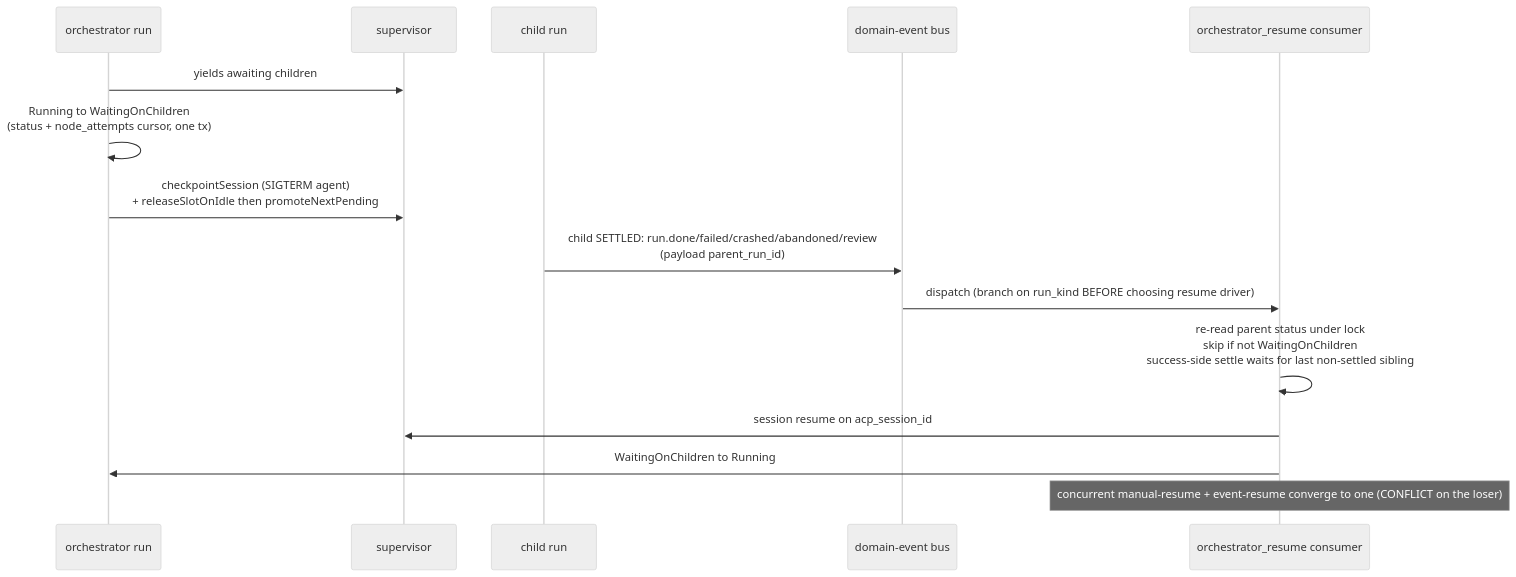
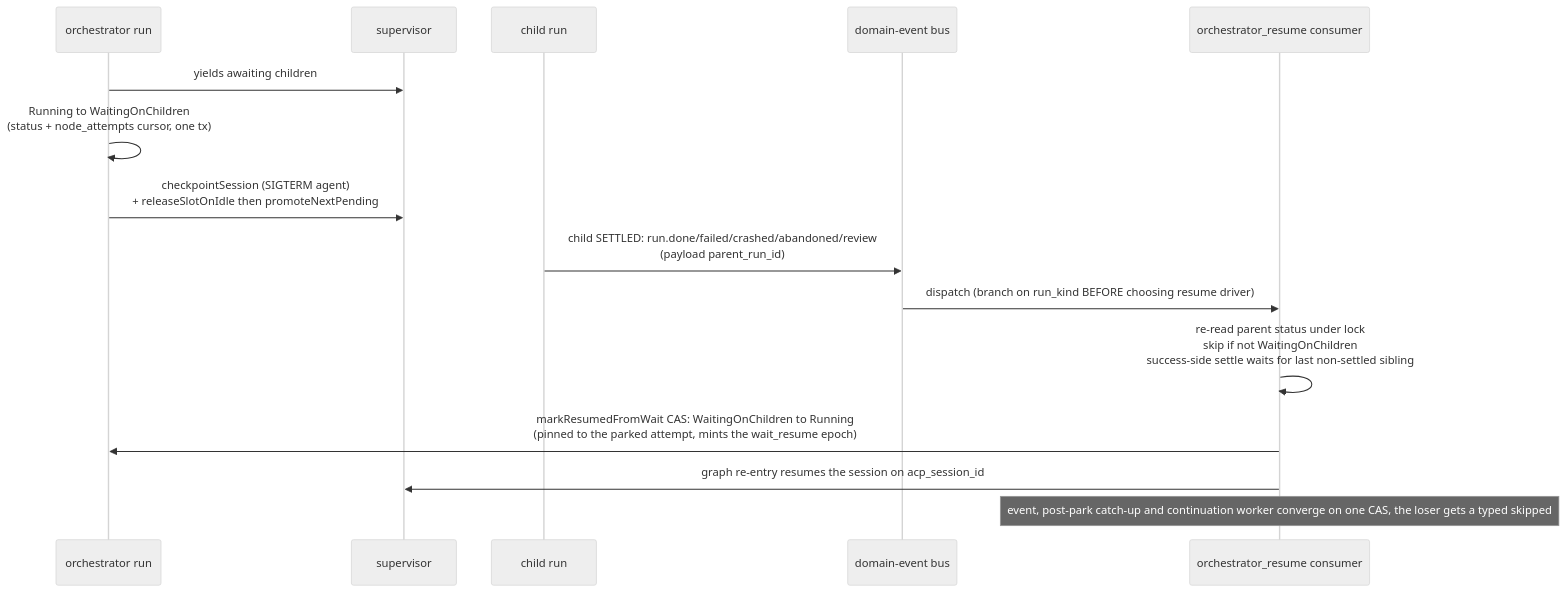
Before and after one commit to maister-dev/maister: the fifth of 9 diagrams in docs/system-analytics/orchestrator.md, drawn with Mermaid (neutral theme). The commit also changed other lines of this file and 88 other files, not shown here.

````diff
--- a/docs/system-analytics/orchestrator.md
+++ b/docs/system-analytics/orchestrator.md
@@ -239,17 +239,17 @@
 ```mermaid
 sequenceDiagram
     participant O as orchestrator run
     participant SUP as supervisor
     participant CH as child run
     participant B as domain-event bus
     participant R as orchestrator_resume consumer
     O->>SUP: yields awaiting children
     O->>O: Running to WaitingOnChildren<br/>(status + node_attempts cursor, one tx)
     O->>SUP: checkpointSession (SIGTERM agent)<br/>+ releaseSlotOnIdle then promoteNextPending
     CH->>B: child SETTLED: run.done/failed/crashed/abandoned/review<br/>(payload parent_run_id)
     B->>R: dispatch (branch on run_kind BEFORE choosing resume driver)
     R->>R: re-read parent status under lock<br/>skip if not WaitingOnChildren<br/>success-side settle waits for last non-settled sibling
-    R->>SUP: session resume on acp_session_id
-    R->>O: WaitingOnChildren to Running
-    Note over R: concurrent manual-resume + event-resume converge to one (CONFLICT on the loser)
+    R->>O: markResumedFromWait CAS: WaitingOnChildren to Running<br/>(pinned to the parked attempt, mints the wait_resume epoch)
+    R->>SUP: graph re-entry resumes the session on acp_session_id
+    Note over R: event, post-park catch-up and continuation worker converge on one CAS, the loser gets a typed skipped
 ```
````
